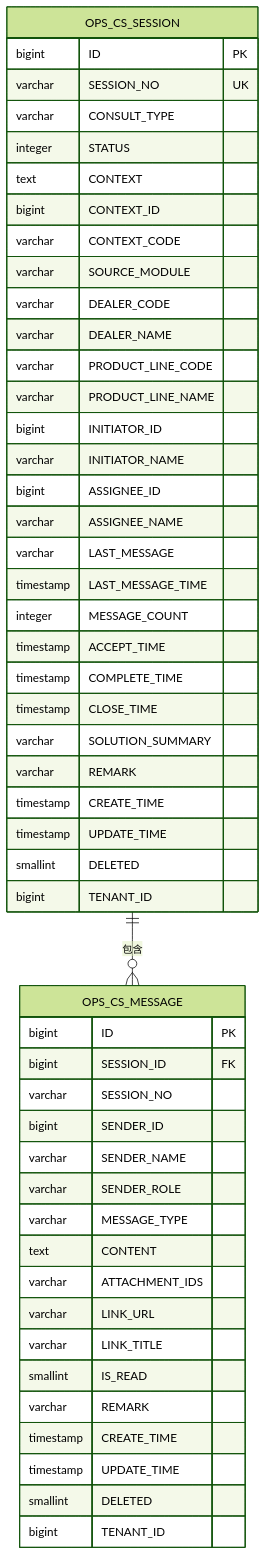
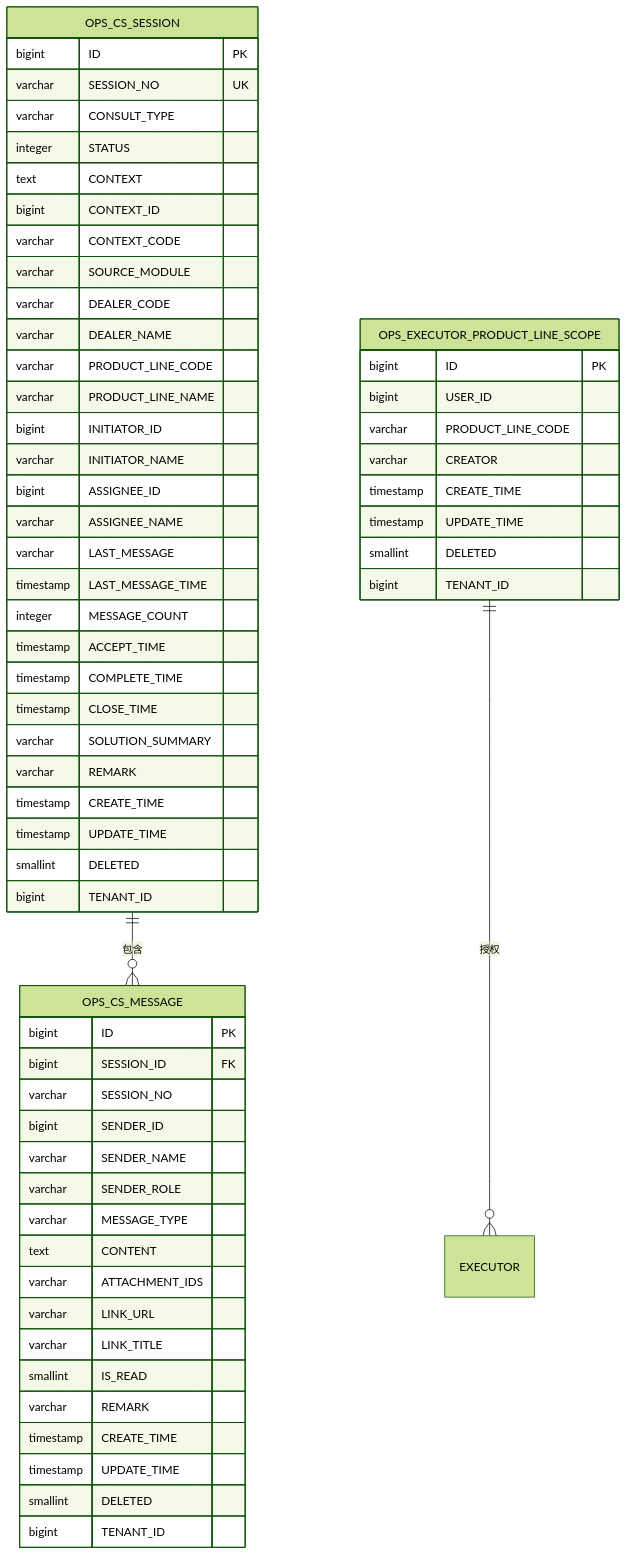
One commit to xiaoche80s-tech/rouyi-vue-pro changed diagram 26 of 27 in .qoder/repowiki/zh/content/核心模块/客户服务模块.md. Above: the diagram before and after it, drawn with Mermaid (forest theme). The commit also changed other lines of this file and 534 other files, not shown here.

````diff
--- a/.qoder/repowiki/zh/content/核心模块/客户服务模块.md
+++ b/.qoder/repowiki/zh/content/核心模块/客户服务模块.md
@@ -1074,53 +1321,64 @@
 ```mermaid
 erDiagram
 OPS_CS_SESSION {
 bigint ID PK
 varchar SESSION_NO UK
 varchar CONSULT_TYPE
 integer STATUS
 text CONTEXT
 bigint CONTEXT_ID
 varchar CONTEXT_CODE
 varchar SOURCE_MODULE
 varchar DEALER_CODE
 varchar DEALER_NAME
 varchar PRODUCT_LINE_CODE
 varchar PRODUCT_LINE_NAME
 bigint INITIATOR_ID
 varchar INITIATOR_NAME
 bigint ASSIGNEE_ID
 varchar ASSIGNEE_NAME
 varchar LAST_MESSAGE
 timestamp LAST_MESSAGE_TIME
 integer MESSAGE_COUNT
 timestamp ACCEPT_TIME
 timestamp COMPLETE_TIME
 timestamp CLOSE_TIME
 varchar SOLUTION_SUMMARY
 varchar REMARK
 timestamp CREATE_TIME
 timestamp UPDATE_TIME
 smallint DELETED
 bigint TENANT_ID
 }
 OPS_CS_MESSAGE {
 bigint ID PK
 bigint SESSION_ID FK
 varchar SESSION_NO
 bigint SENDER_ID
 varchar SENDER_NAME
 varchar SENDER_ROLE
 varchar MESSAGE_TYPE
 text CONTENT
 varchar ATTACHMENT_IDS
 varchar LINK_URL
 varchar LINK_TITLE
 smallint IS_READ
 varchar REMARK
 timestamp CREATE_TIME
 timestamp UPDATE_TIME
 smallint DELETED
 bigint TENANT_ID
 }
+OPS_EXECUTOR_PRODUCT_LINE_SCOPE {
+bigint ID PK
+bigint USER_ID
+varchar PRODUCT_LINE_CODE
+varchar CREATOR
+timestamp CREATE_TIME
+timestamp UPDATE_TIME
+smallint DELETED
+bigint TENANT_ID
+}
 OPS_CS_SESSION ||--o{ OPS_CS_MESSAGE : "包含"
+OPS_EXECUTOR_PRODUCT_LINE_SCOPE ||--o{ EXECUTOR : "授权"
 ```
````
